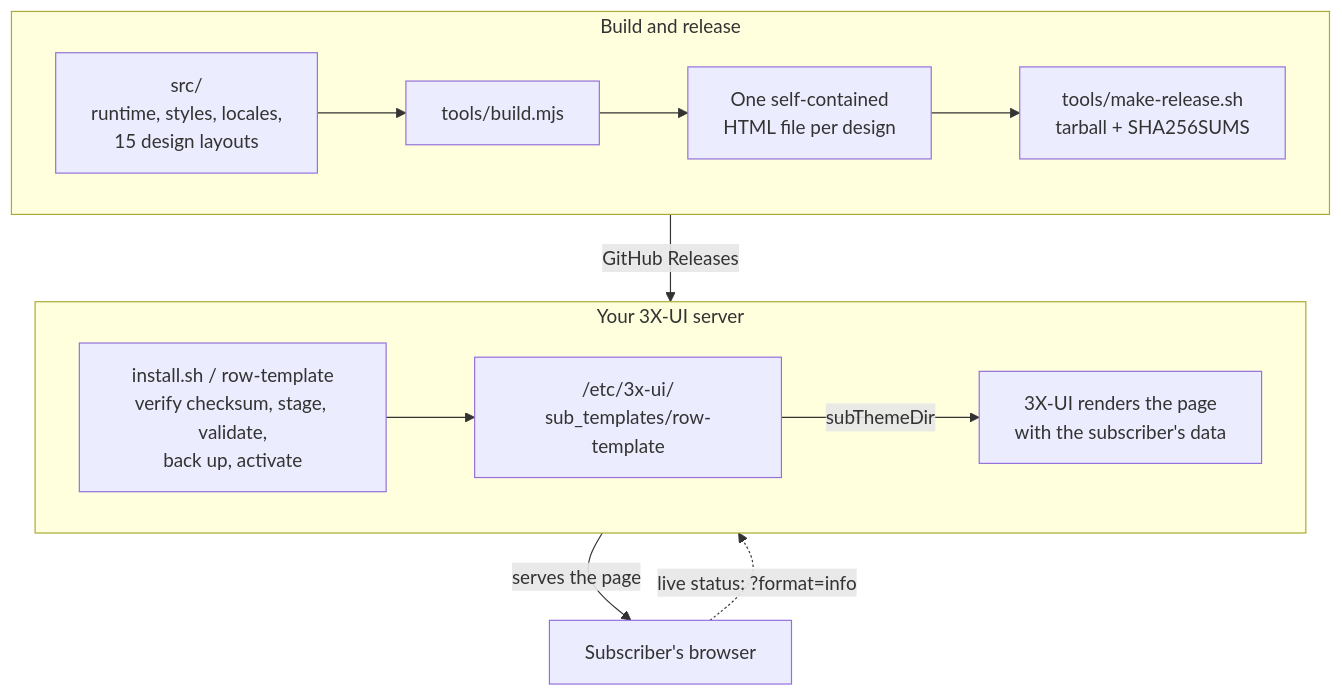
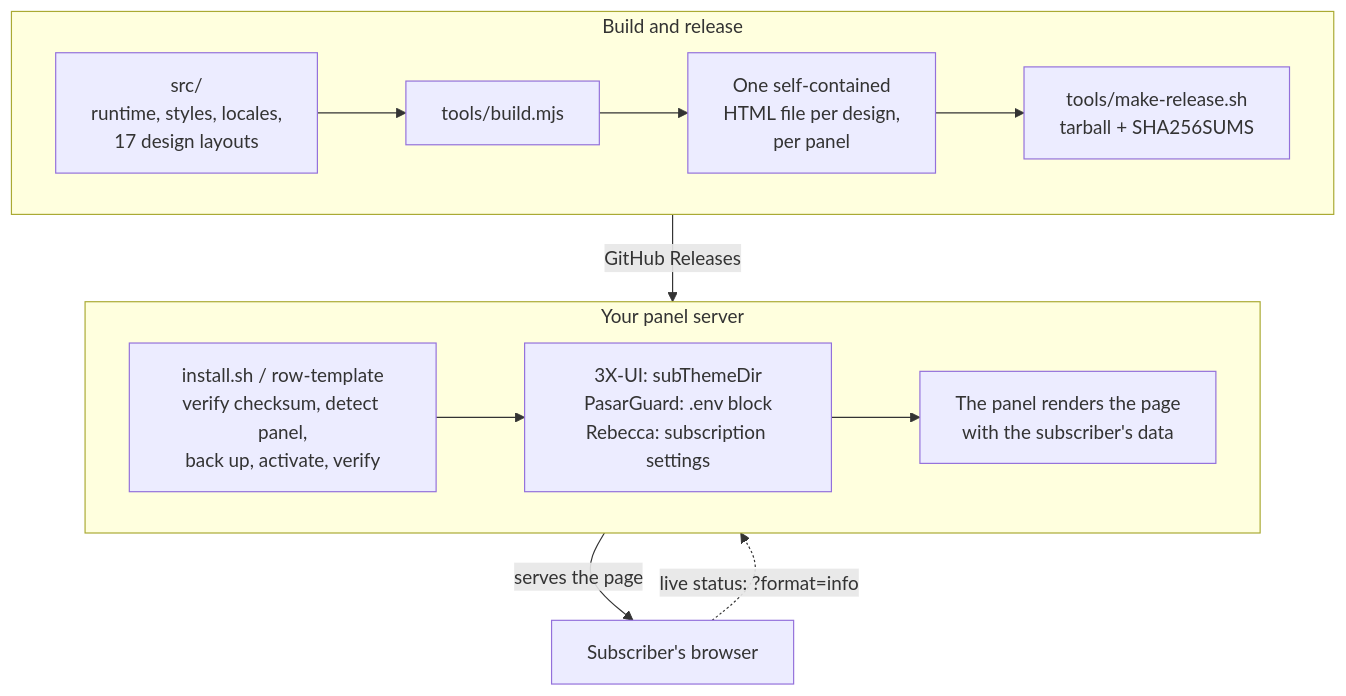
Before and after one commit to frank0live/compelex-subscription: the diagram in README.zh-CN.md, drawn with Mermaid. The commit also changed other lines of this file and 29 other files, not shown here.

First line of the commit message:
docs: describe 1.3.0 — PasarGuard, Rebecca, Meter and Notebook

````diff
--- a/README.zh-CN.md
+++ b/README.zh-CN.md
@@ -115,17 +119,17 @@
 ```mermaid
 flowchart TB
   subgraph build ["Build and release"]
     direction LR
-    SRC["src/<br/>runtime, styles, locales,<br/>15 design layouts"] --> BUILD["tools/build.mjs"]
-    BUILD --> ART["One self-contained<br/>HTML file per design"]
+    SRC["src/<br/>runtime, styles, locales,<br/>17 design layouts"] --> BUILD["tools/build.mjs"]
+    BUILD --> ART["One self-contained<br/>HTML file per design,<br/>per panel"]
     ART --> REL["tools/make-release.sh<br/>tarball + SHA256SUMS"]
   end
-  subgraph host ["Your 3X-UI server"]
+  subgraph host ["Your panel server"]
     direction LR
-    INST["install.sh / row-template<br/>verify checksum, stage, validate,<br/>back up, activate"] --> DIR["/etc/3x-ui/<br/>sub_templates/row-template"]
-    DIR -- "subThemeDir" --> XUI["3X-UI renders the page<br/>with the subscriber's data"]
+    INST["install.sh / row-template<br/>verify checksum, detect panel,<br/>back up, activate, verify"] --> DIR["3X-UI: subThemeDir<br/>PasarGuard: .env block<br/>Rebecca: subscription settings"]
+    DIR --> XUI["The panel renders the page<br/>with the subscriber's data"]
   end
   build -- "GitHub Releases" --> host
   host -- "serves the page" --> BROWSER["Subscriber's browser"]
   BROWSER -. "live status: ?format=info" .-> host
 ```
````
